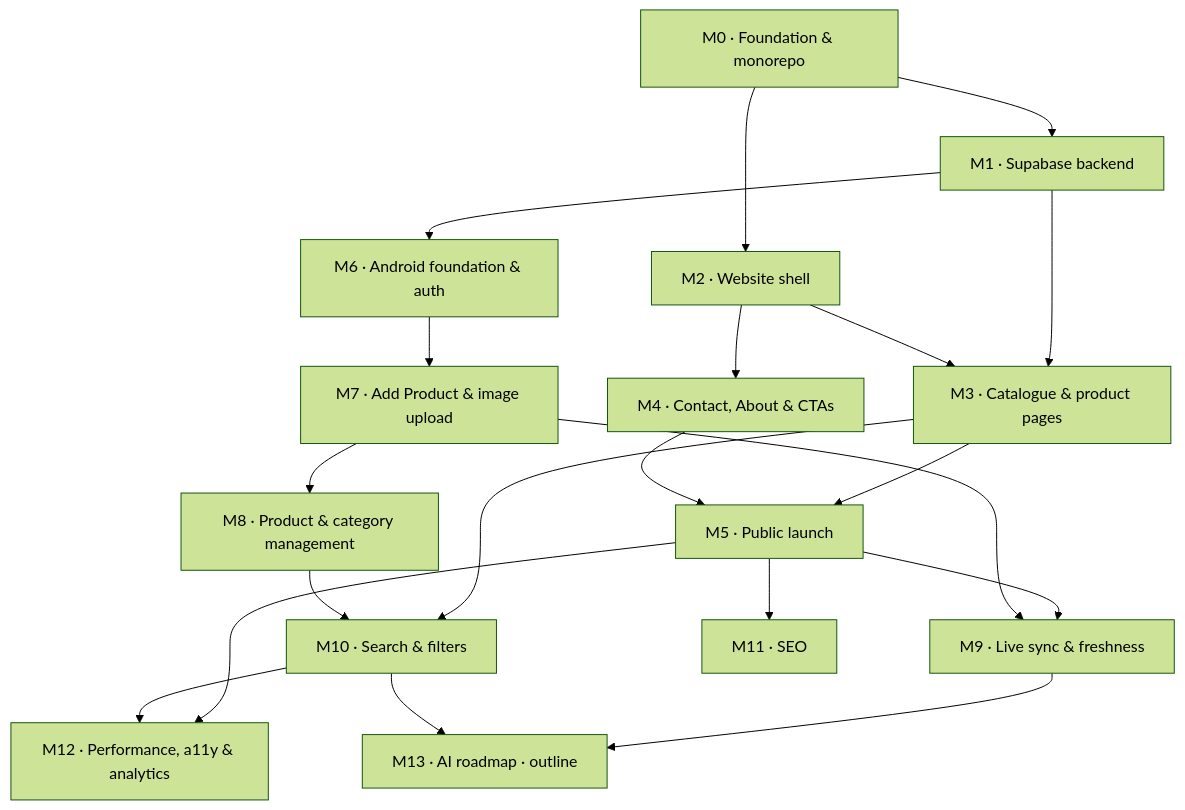
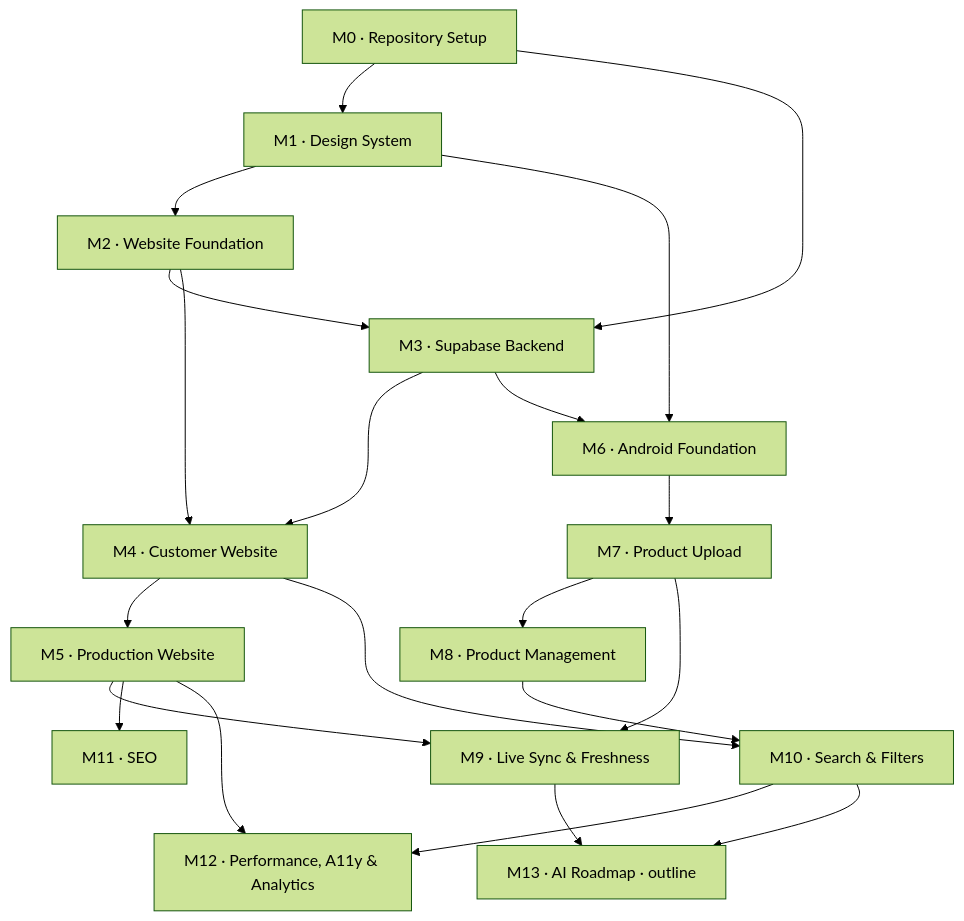
Before and after one commit to Hrushikesh-Gangisetty/SNJewellery: the diagram in DEVELOPMENT_PLAN.md, drawn with Mermaid (forest theme). The commit also changed other lines of this file and 19 other files, not shown here.

````diff
--- a/DEVELOPMENT_PLAN.md
+++ b/DEVELOPMENT_PLAN.md
@@ -58,37 +85,38 @@
 ```mermaid
 flowchart TD
-    M0[M0 · Foundation & monorepo]
-    M1[M1 · Supabase backend]
-    M2[M2 · Website shell]
-    M3[M3 · Catalogue & product pages]
-    M4[M4 · Contact, About & CTAs]
-    M5[M5 · Public launch]
-    M6[M6 · Android foundation & auth]
-    M7[M7 · Add Product & image upload]
-    M8[M8 · Product & category management]
-    M9[M9 · Live sync & freshness]
-    M10[M10 · Search & filters]
+    M0[M0 · Repository Setup]
+    M1[M1 · Design System]
+    M2[M2 · Website Foundation]
+    M3[M3 · Supabase Backend]
+    M4[M4 · Customer Website]
+    M5[M5 · Production Website]
+    M6[M6 · Android Foundation]
+    M7[M7 · Product Upload]
+    M8[M8 · Product Management]
+    M9[M9 · Live Sync & Freshness]
+    M10[M10 · Search & Filters]
     M11[M11 · SEO]
-    M12[M12 · Performance, a11y & analytics]
-    M13[M13 · AI roadmap · outline]
+    M12[M12 · Performance, A11y & Analytics]
+    M13[M13 · AI Roadmap · outline]
 
     M0 --> M1
-    M0 --> M2
-    M1 --> M3
+    M1 --> M2
+    M0 --> M3
     M2 --> M3
     M2 --> M4
-    M3 --> M5
+    M3 --> M4
     M4 --> M5
     M1 --> M6
+    M3 --> M6
     M6 --> M7
     M7 --> M8
     M5 --> M9
     M7 --> M9
-    M3 --> M10
+    M4 --> M10
     M8 --> M10
     M5 --> M11
     M5 --> M12
     M10 --> M12
     M9 --> M13
     M10 --> M13
 ```
````
